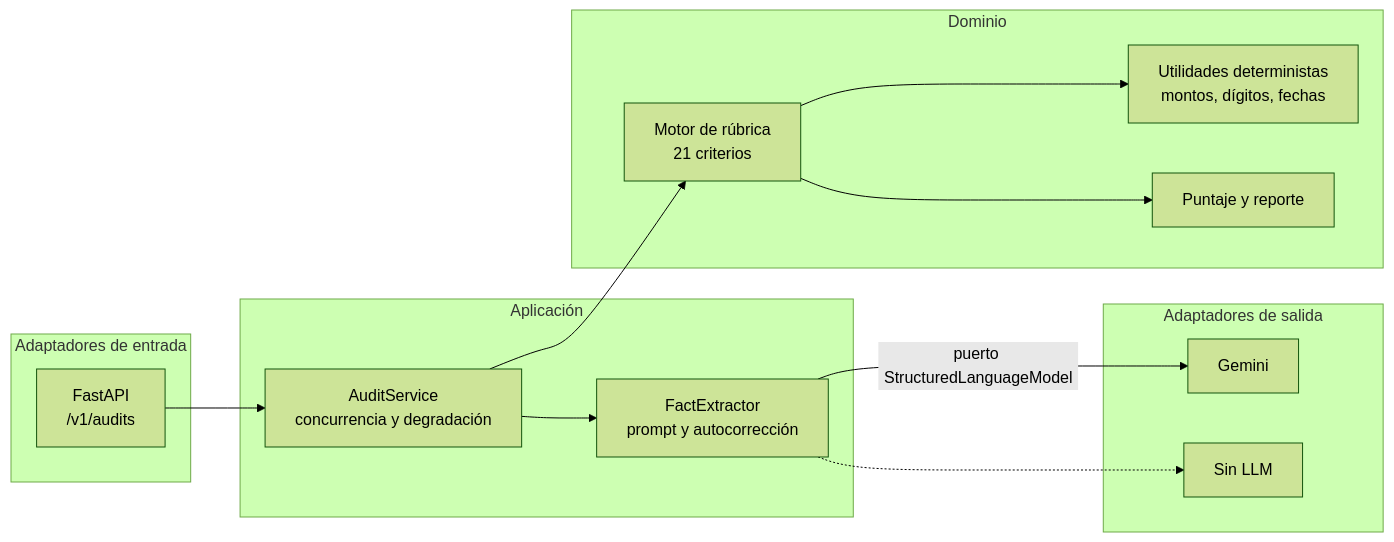
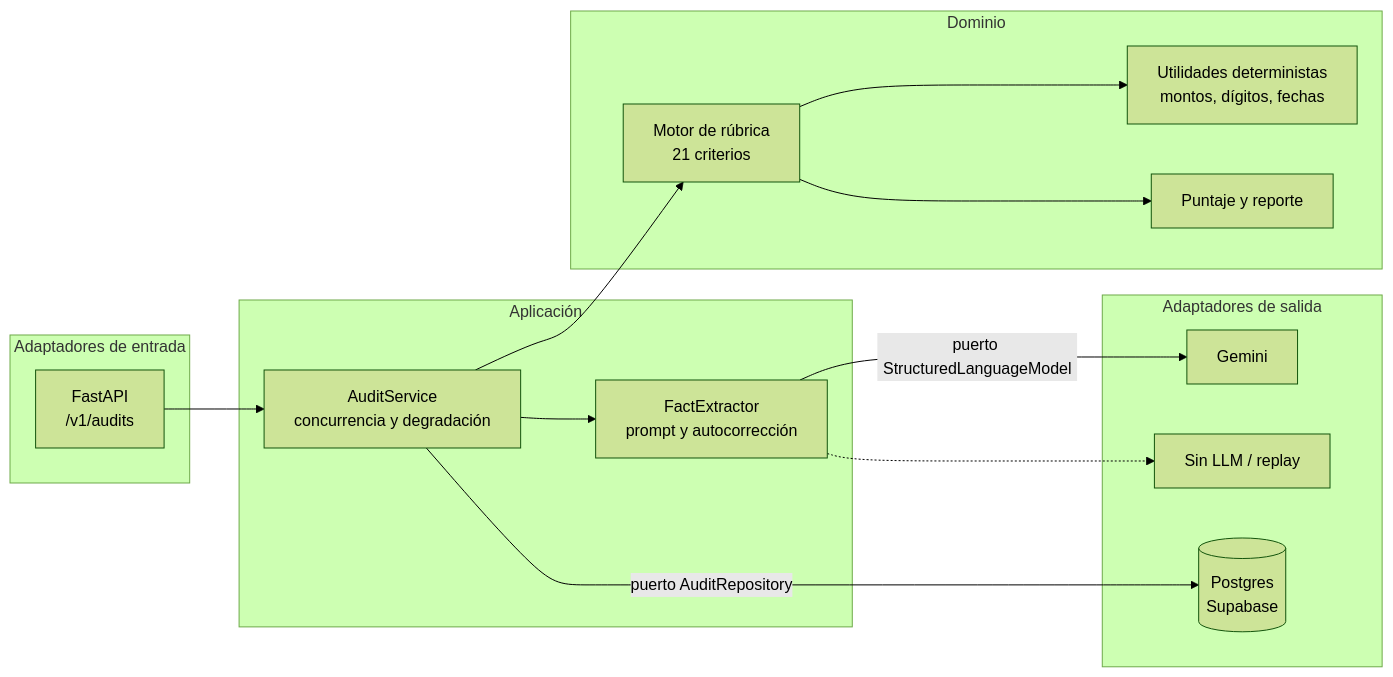
One commit to ssalazaro94/technical_test_vozy changed the diagram in README.md. Above: the diagram before and after it, drawn with Mermaid (forest theme). The commit also changed other lines of this file and 2 other files, not shown here.

````diff
--- a/README.md
+++ b/README.md
@@ -19,24 +19,26 @@
 ```mermaid
 flowchart LR
     subgraph Adaptadores de entrada
         HTTP[FastAPI<br/>/v1/audits]
     end
     subgraph Aplicación
         SVC[AuditService<br/>concurrencia y degradación]
         EXT[FactExtractor<br/>prompt y autocorrección]
     end
     subgraph Dominio
         ENG[Motor de rúbrica<br/>21 criterios]
         TXT[Utilidades deterministas<br/>montos, dígitos, fechas]
         REP[Puntaje y reporte]
     end
     subgraph Adaptadores de salida
         GEM[Gemini]
-        OFF[Sin LLM]
+        OFF[Sin LLM / replay]
+        PG[(Postgres<br/>Supabase)]
     end
     HTTP --> SVC --> EXT
     EXT -- puerto StructuredLanguageModel --> GEM
     EXT -.-> OFF
+    SVC -- puerto AuditRepository --> PG
     SVC --> ENG --> TXT
     ENG --> REP
 ```
````
